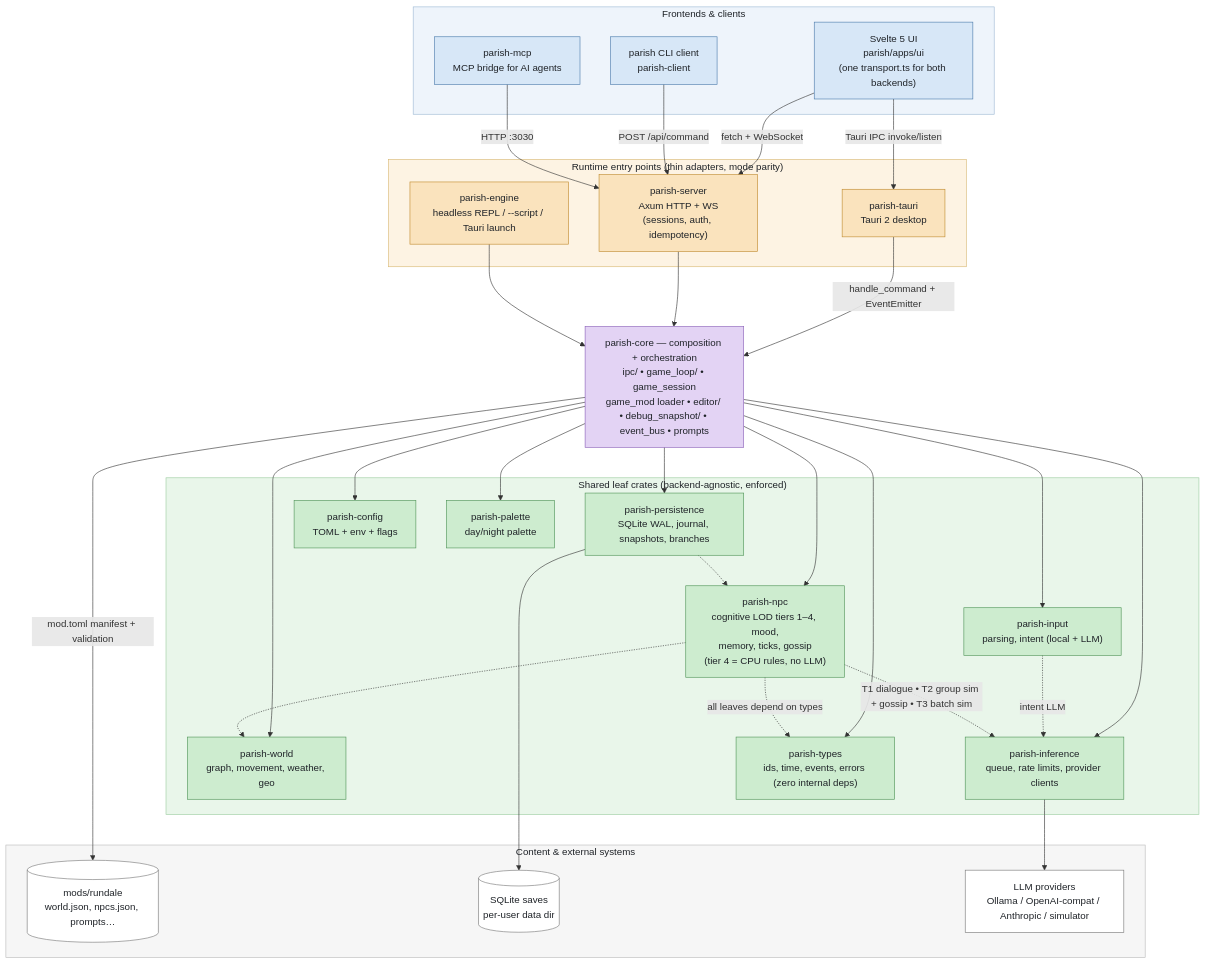
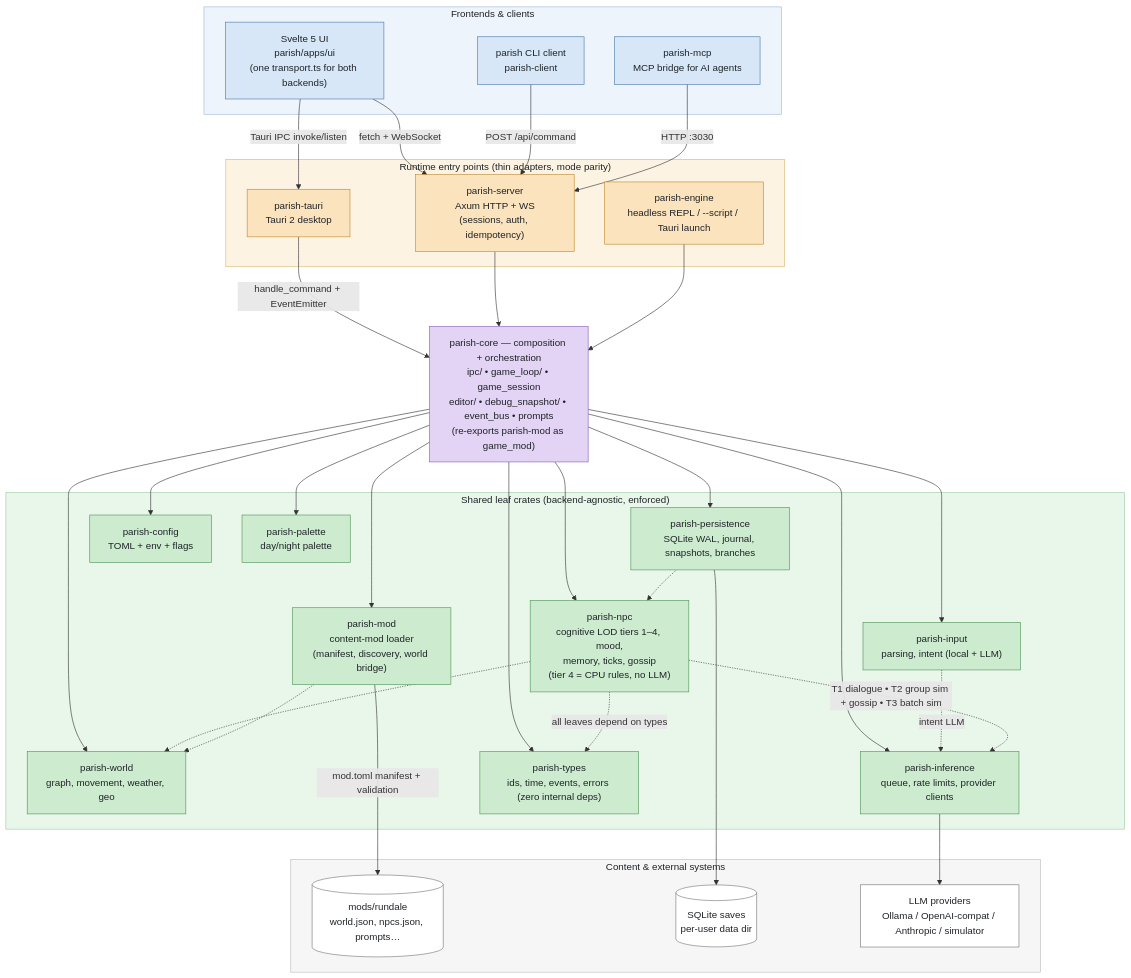
The second of 2 diagrams in README.md (dmooney/Rundale), drawn with Mermaid before and after one commit. The commit also changed other lines of this file and 24 other files, not shown here.

First line of the commit message:
refactor(core): extract game_mod into parish-mod crate (#1393)

````diff
--- a/README.md
+++ b/README.md
@@ -286,68 +286,70 @@
 ```mermaid
 flowchart TB
     subgraph clients["Frontends & clients"]
         UI["Svelte 5 UI<br/>parish/apps/ui<br/>(one transport.ts for both backends)"]
         CLI["parish CLI client<br/>parish-client"]
         MCP["parish-mcp<br/>MCP bridge for AI agents"]
     end
 
     subgraph entry["Runtime entry points (thin adapters, mode parity)"]
         TAURI["parish-tauri<br/>Tauri 2 desktop"]
         SERVER["parish-server<br/>Axum HTTP + WS<br/>(sessions, auth, idempotency)"]
         ENGINE["parish-engine<br/>headless REPL / --script / Tauri launch"]
     end
 
-    CORE["parish-core — composition + orchestration<br/>ipc/ • game_loop/ • game_session<br/>game_mod loader • editor/ • debug_snapshot/ • event_bus • prompts"]
+    CORE["parish-core — composition + orchestration<br/>ipc/ • game_loop/ • game_session<br/>editor/ • debug_snapshot/ • event_bus • prompts<br/>(re-exports parish-mod as game_mod)"]
 
     subgraph leaf["Shared leaf crates (backend-agnostic, enforced)"]
         WORLD["parish-world<br/>graph, movement, weather, geo"]
         NPC["parish-npc<br/>cognitive LOD tiers 1–4, mood,<br/>memory, ticks, gossip<br/>(tier 4 = CPU rules, no LLM)"]
         INPUT["parish-input<br/>parsing, intent (local + LLM)"]
         INFER["parish-inference<br/>queue, rate limits, provider clients"]
         PERSIST["parish-persistence<br/>SQLite WAL, journal, snapshots, branches"]
         CONFIG["parish-config<br/>TOML + env + flags"]
         PALETTE["parish-palette<br/>day/night palette"]
+        MOD["parish-mod<br/>content-mod loader<br/>(manifest, discovery, world bridge)"]
         TYPES["parish-types<br/>ids, time, events, errors (zero internal deps)"]
     end
 
     subgraph external["Content & external systems"]
         MODS[("mods/rundale<br/>world.json, npcs.json, prompts…")]
         DB[("SQLite saves<br/>per-user data dir")]
         LLM["LLM providers<br/>Ollama / OpenAI-compat / Anthropic / simulator"]
     end
 
     UI -- "Tauri IPC invoke/listen" --> TAURI
     UI -- "fetch + WebSocket" --> SERVER
     CLI -- "POST /api/command" --> SERVER
     MCP -- "HTTP :3030" --> SERVER
 
     TAURI -- "handle_command + EventEmitter" --> CORE
     SERVER --> CORE
     ENGINE --> CORE
 
-    CORE --> WORLD & NPC & INPUT & INFER & PERSIST & CONFIG & PALETTE & TYPES
+    CORE --> WORLD & NPC & INPUT & INFER & PERSIST & CONFIG & PALETTE & MOD & TYPES
     INPUT -. "intent LLM" .-> INFER
     NPC -. "T1 dialogue • T2 group sim + gossip • T3 batch sim" .-> INFER
     NPC -.-> WORLD
     PERSIST -.-> NPC
+    MOD -.-> WORLD
     NPC -. "all leaves depend on types" .-> TYPES
 
-    CORE -- "mod.toml manifest + validation" --> MODS
+    MOD -- "mod.toml manifest + validation" --> MODS
     PERSIST --> DB
     INFER --> LLM
 
     classDef clientNode fill:#d7e7f7,stroke:#4a7aab,color:#1f2328
     classDef entryNode fill:#fae3bd,stroke:#c08a2e,color:#1f2328
     classDef coreNode fill:#e3d3f4,stroke:#8a5fb8,color:#1f2328
     classDef leafNode fill:#cdeccf,stroke:#4f9457,color:#1f2328
     classDef extNode fill:#ffffff,stroke:#777777,color:#1f2328
     class UI,CLI,MCP clientNode
     class TAURI,SERVER,ENGINE entryNode
     class CORE coreNode
-    class WORLD,NPC,INPUT,INFER,PERSIST,CONFIG,PALETTE,TYPES leafNode
+    class WORLD,NPC,INPUT,INFER,PERSIST,CONFIG,PALETTE,MOD,TYPES leafNode
     class MODS,DB,LLM extNode
     style clients fill:#eef4fb,stroke:#9db8d4,color:#1f2328
     style entry fill:#fdf3e3,stroke:#d8b873,color:#1f2328
     style leaf fill:#e9f6ea,stroke:#9ccca0,color:#1f2328
     style external fill:#f6f6f6,stroke:#bbbbbb,color:#1f2328
 ```
````
